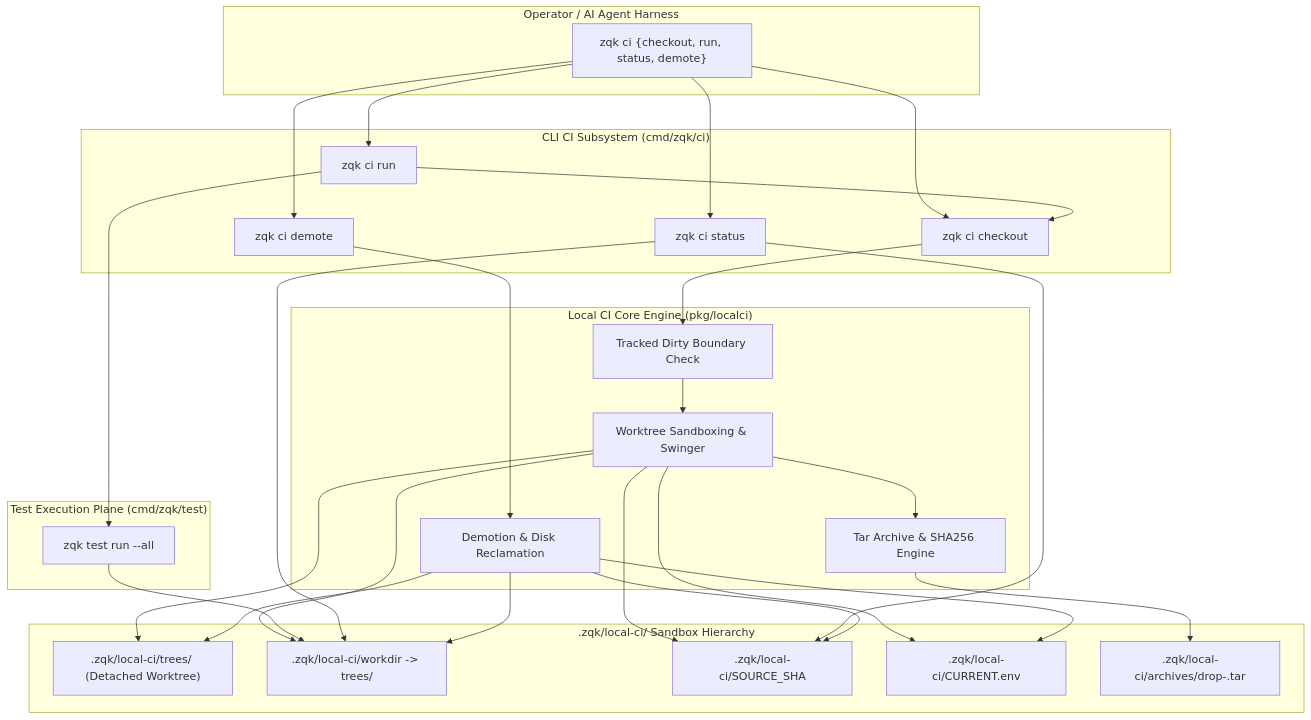
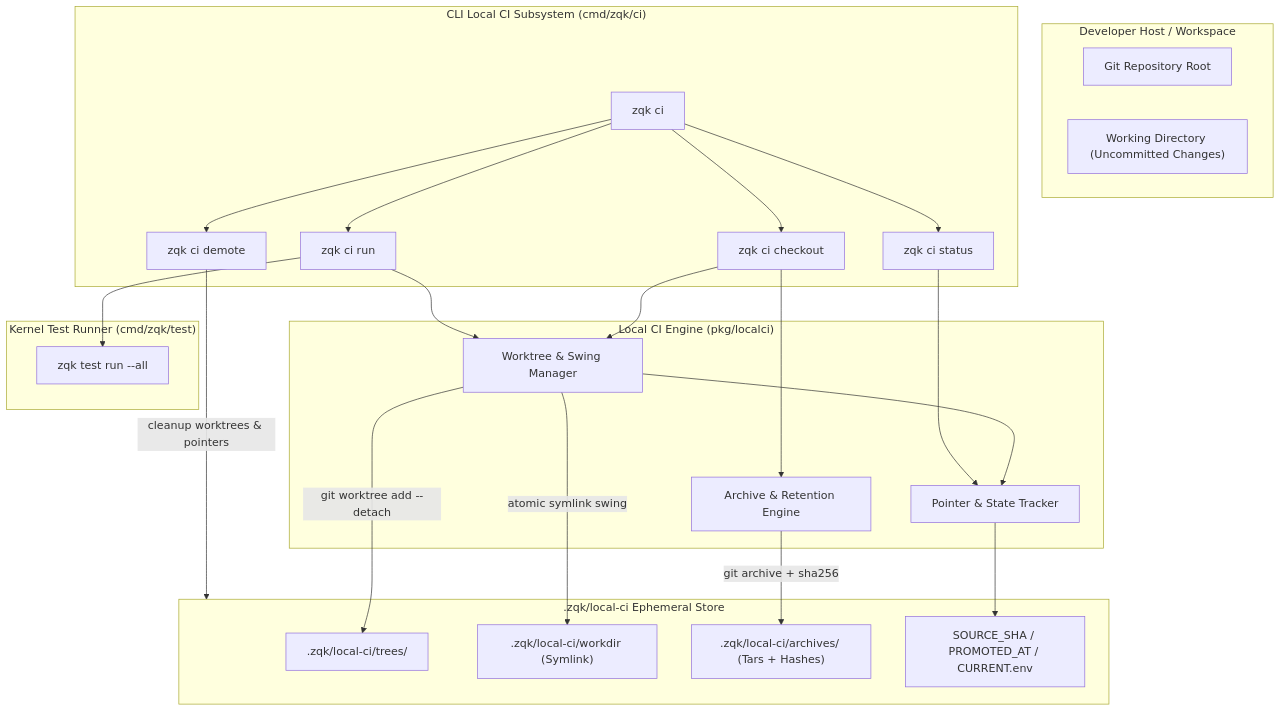
The first of 3 diagrams in docs/guides/CLI_CI_SUBSYSTEM_GUIDE.md (zqk-os/zqk), drawn with Mermaid before and after one commit. The commit also changed other lines of this file, not shown here.

Commit message:
docs(ci): refine architectural guide with open-core compliance and sequence workflows

````diff
--- a/docs/guides/CLI_CI_SUBSYSTEM_GUIDE.md
+++ b/docs/guides/CLI_CI_SUBSYSTEM_GUIDE.md
@@ -7,59 +9,52 @@
 ```mermaid
 flowchart TD
-    subgraph Operator["Operator / AI Agent Harness"]
-        CLI["zqk ci {checkout, run, status, demote}"]
+    subgraph Host["Developer Host / Workspace"]
+        Repo["Git Repository Root"]
+        Dirty["Working Directory (Uncommitted Changes)"]
     end
 
-    subgraph Subsystem["CLI CI Subsystem (cmd/zqk/ci)"]
+    subgraph CLI["CLI Local CI Subsystem (cmd/zqk/ci)"]
+        CmdCI["zqk ci"]
         CmdCheckout["zqk ci checkout"]
         CmdRun["zqk ci run"]
         CmdStatus["zqk ci status"]
         CmdDemote["zqk ci demote"]
     end
 
-    subgraph Core["Local CI Core Engine (pkg/localci)"]
-        WorktreeMgr["Worktree Sandboxing & Swinger"]
-        DirtyCheck["Tracked Dirty Boundary Check"]
-        ArchiveEngine["Tar Archive & SHA256 Engine"]
-        DemoteEngine["Demotion & Disk Reclamation"]
+    subgraph Engine["Local CI Engine (pkg/localci)"]
+        WorktreeMgr["Worktree & Swing Manager"]
+        ArchiveMgr["Archive & Retention Engine"]
+        StateTracker["Pointer & State Tracker"]
     end
 
-    subgraph Sandbox[".zqk/local-ci/ Sandbox Hierarchy"]
-        Trees[".zqk/local-ci/trees/<short-sha> (Detached Worktree)"]
-        WorkdirSymlink[".zqk/local-ci/workdir -> trees/<short-sha>"]
-        PointerSHA[".zqk/local-ci/SOURCE_SHA"]
-        PointerEnv[".zqk/local-ci/CURRENT.env"]
-        Archives[".zqk/local-ci/archives/drop-<short-sha>.tar"]
+    subgraph Storage[".zqk/local-ci Ephemeral Store"]
+        Trees[".zqk/local-ci/trees/<short_sha>"]
+        Workdir[".zqk/local-ci/workdir (Symlink)"]
+        Archives[".zqk/local-ci/archives/ (Tars + Hashes)"]
+        Pointers["SOURCE_SHA / PROMOTED_AT / CURRENT.env"]
     end
 
-    subgraph Verification["Test Execution Plane (cmd/zqk/test)"]
-        TestRun["zqk test run --all"]
+    subgraph TestRunner["Kernel Test Runner (cmd/zqk/test)"]
+        TestCmd["zqk test run --all"]
     end
 
-    CLI --> CmdCheckout
-    CLI --> CmdRun
-    CLI --> CmdStatus
-    CLI --> CmdDemote
+    CmdCI --> CmdCheckout
+    CmdCI --> CmdRun
+    CmdCI --> CmdStatus
+    CmdCI --> CmdDemote
 
-    CmdCheckout --> DirtyCheck
-    DirtyCheck --> WorktreeMgr
-    WorktreeMgr --> Trees
-    WorktreeMgr --> WorkdirSymlink
-    WorktreeMgr --> PointerSHA
-    WorktreeMgr --> PointerEnv
-    WorktreeMgr --> ArchiveEngine
-    ArchiveEngine --> Archives
+    CmdCheckout --> WorktreeMgr
+    CmdRun --> WorktreeMgr
+    CmdRun --> TestCmd
 
-    CmdRun --> CmdCheckout
-    CmdRun --> TestRun
-    TestRun --> WorkdirSymlink
+    WorktreeMgr -->|"git worktree add --detach"| Trees
+    WorktreeMgr -->|"atomic symlink swing"| Workdir
+    WorktreeMgr --> StateTracker
+    StateTracker --> Pointers
 
-    CmdStatus --> PointerSHA
-    CmdStatus --> WorkdirSymlink
+    CmdCheckout --> ArchiveMgr
+    ArchiveMgr -->|"git archive + sha256"| Archives
 
-    CmdDemote --> DemoteEngine
-    DemoteEngine --> Trees
-    DemoteEngine --> WorkdirSymlink
-    DemoteEngine --> PointerSHA
-    DemoteEngine --> PointerEnv
+    CmdStatus --> StateTracker
+    CmdDemote -->|"cleanup worktrees & pointers"| Storage
 ```
````
